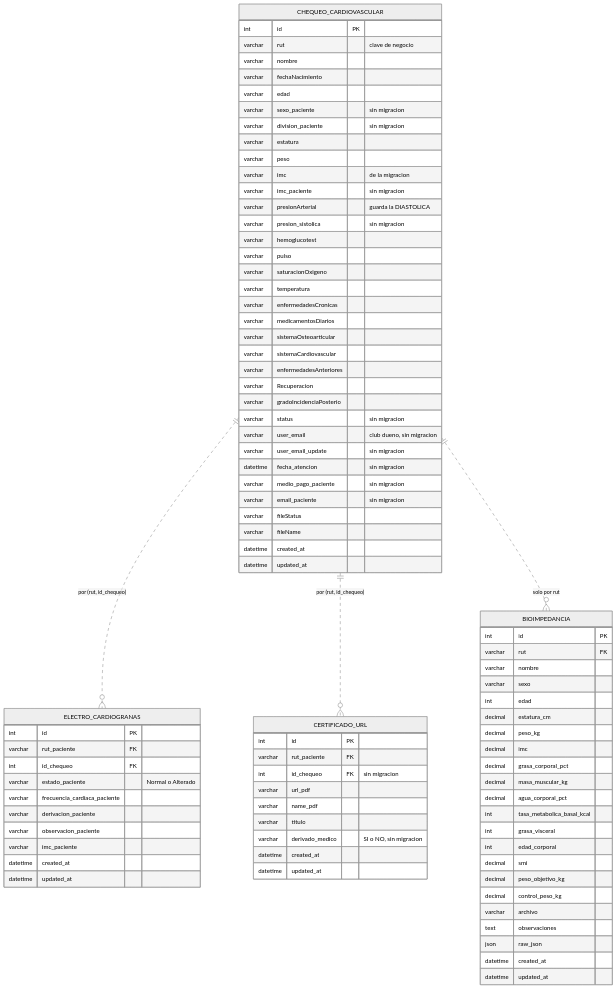
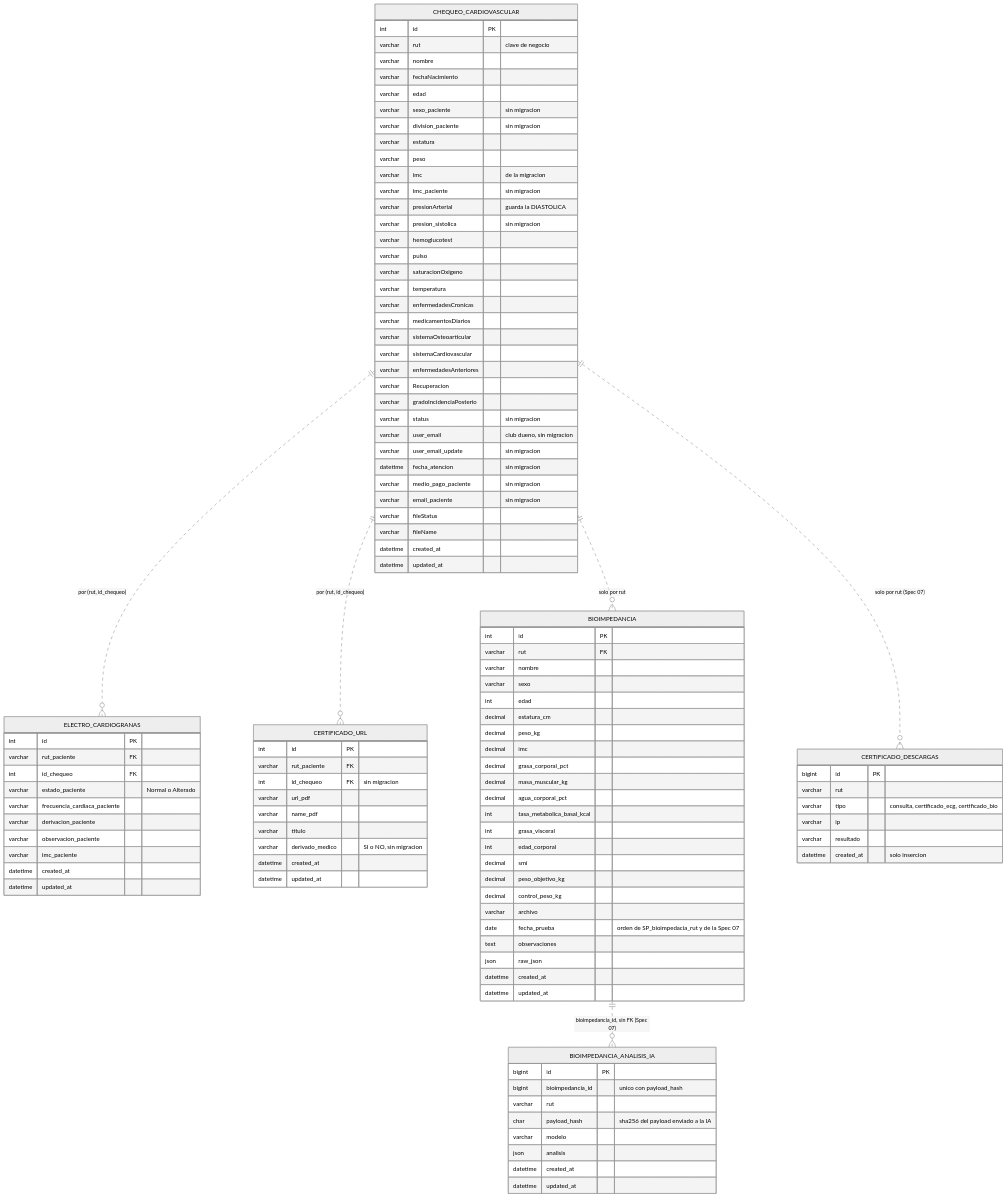
Before and after one commit to Nruz-app/laravel-back-end-ergosanitas-app: the first of 9 diagrams in docs/modelo-datos.md, drawn with Mermaid (neutral theme). The commit also changed other lines of this file and 64 other files, not shown here.

First line of the commit message:
feat: descarga de certificados por RUT (SPEC 07), kit de specs del back y documentacion

````diff
--- a/docs/modelo-datos.md
+++ b/docs/modelo-datos.md
@@ -20,6 +20,8 @@
     CHEQUEO_CARDIOVASCULAR ||..o{ ELECTRO_CARDIOGRANAS : "por (rut, id_chequeo)"
     CHEQUEO_CARDIOVASCULAR ||..o{ CERTIFICADO_URL : "por (rut, id_chequeo)"
     CHEQUEO_CARDIOVASCULAR ||..o{ BIOIMPEDANCIA : "solo por rut"
+    BIOIMPEDANCIA ||..o{ BIOIMPEDANCIA_ANALISIS_IA : "bioimpedancia_id, sin FK (Spec 07)"
+    CHEQUEO_CARDIOVASCULAR ||..o{ CERTIFICADO_DESCARGAS : "solo por rut (Spec 07)"
 
     CHEQUEO_CARDIOVASCULAR {
         int id PK
@@ -102,9 +104,30 @@
         decimal peso_objetivo_kg
         decimal control_peso_kg
         varchar archivo
+        date fecha_prueba "orden de SP_bioimpedacia_rut y de la Spec 07"
         text observaciones
         json raw_json
         datetime created_at
         datetime updated_at
     }
+
+    BIOIMPEDANCIA_ANALISIS_IA {
+        bigint id PK
+        bigint bioimpedancia_id "unico con payload_hash"
+        varchar rut
+        char payload_hash "sha256 del payload enviado a la IA"
+        varchar modelo
+        json analisis
+        datetime created_at
+        datetime updated_at
+    }
+
+    CERTIFICADO_DESCARGAS {
+        bigint id PK
+        varchar rut
+        varchar tipo "consulta, certificado_ecg, certificado_bio"
+        varchar ip
+        varchar resultado
+        datetime created_at "solo insercion"
+    }
 ```
````
